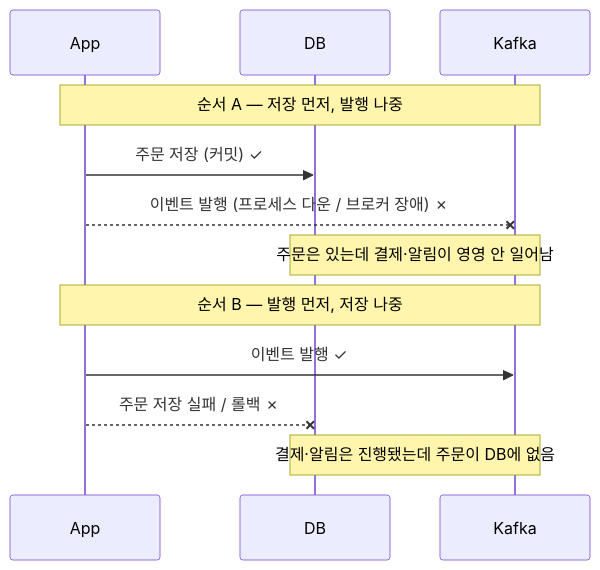
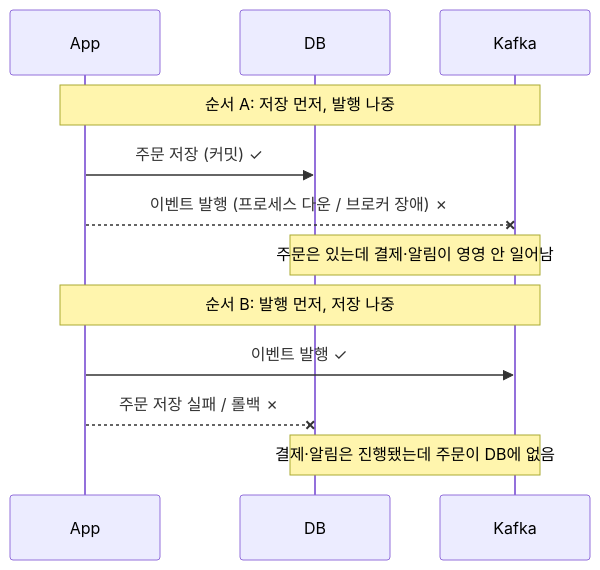
Before and after one commit to Kimgyuilli/blog: the first of 3 diagrams in src/content/blog/peekcart-10-transactional-outbox.md, drawn with Mermaid. The commit also changed other lines of this file and 19 other files, not shown here.

````diff
--- a/src/content/blog/peekcart-10-transactional-outbox.md
+++ b/src/content/blog/peekcart-10-transactional-outbox.md
@@ -45,15 +47,15 @@
 ```mermaid
 sequenceDiagram
     participant App
     participant DB
     participant Kafka
-    Note over App,Kafka: 순서 A — 저장 먼저, 발행 나중
+    Note over App,Kafka: 순서 A: 저장 먼저, 발행 나중
     App->>DB: 주문 저장 (커밋) ✓
     App--xKafka: 이벤트 발행 (프로세스 다운 / 브로커 장애) ✗
     Note over DB,Kafka: 주문은 있는데 결제·알림이 영영 안 일어남
 
-    Note over App,Kafka: 순서 B — 발행 먼저, 저장 나중
+    Note over App,Kafka: 순서 B: 발행 먼저, 저장 나중
     App->>Kafka: 이벤트 발행 ✓
     App--xDB: 주문 저장 실패 / 롤백 ✗
     Note over DB,Kafka: 결제·알림은 진행됐는데 주문이 DB에 없음
 ```
````
